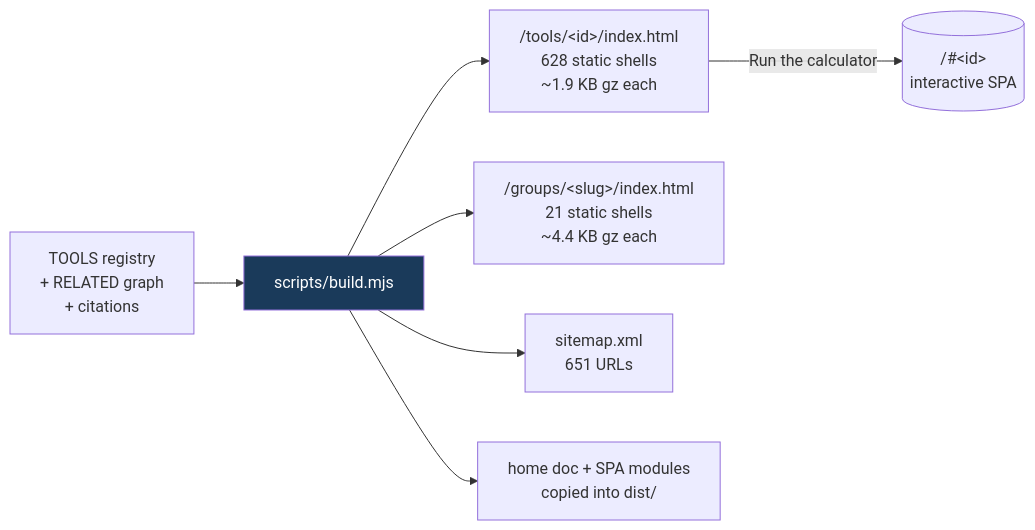
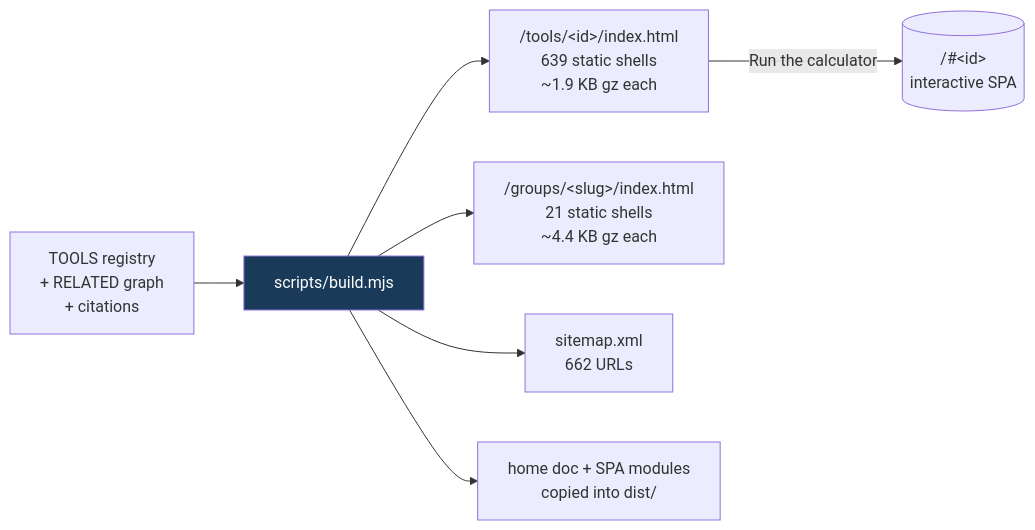
Before and after one commit to clay-good/roughlogic.com: the fifth of 8 diagrams in README.md, drawn with Mermaid. The commit also changed other lines of this file and 33 other files, not shown here.

````diff
--- a/README.md
+++ b/README.md
@@ -450,10 +450,10 @@
 ```mermaid
 flowchart LR
     SRC[TOOLS registry\n+ RELATED graph\n+ citations] --> BUILD[scripts/build.mjs]
-    BUILD --> TILE["/tools/&lt;id&gt;/index.html\n628 static shells\n~1.9 KB gz each"]
+    BUILD --> TILE["/tools/&lt;id&gt;/index.html\n639 static shells\n~1.9 KB gz each"]
     BUILD --> GROUP["/groups/&lt;slug&gt;/index.html\n21 static shells\n~4.4 KB gz each"]
-    BUILD --> MAP["sitemap.xml\n651 URLs"]
+    BUILD --> MAP["sitemap.xml\n662 URLs"]
     BUILD --> COPY[home doc + SPA modules\ncopied into dist/]
     TILE -->|Run the calculator| SPA[("/#&lt;id&gt;\ninteractive SPA")]
     style BUILD fill:#1a3a5a,color:#fff
 ```
````
